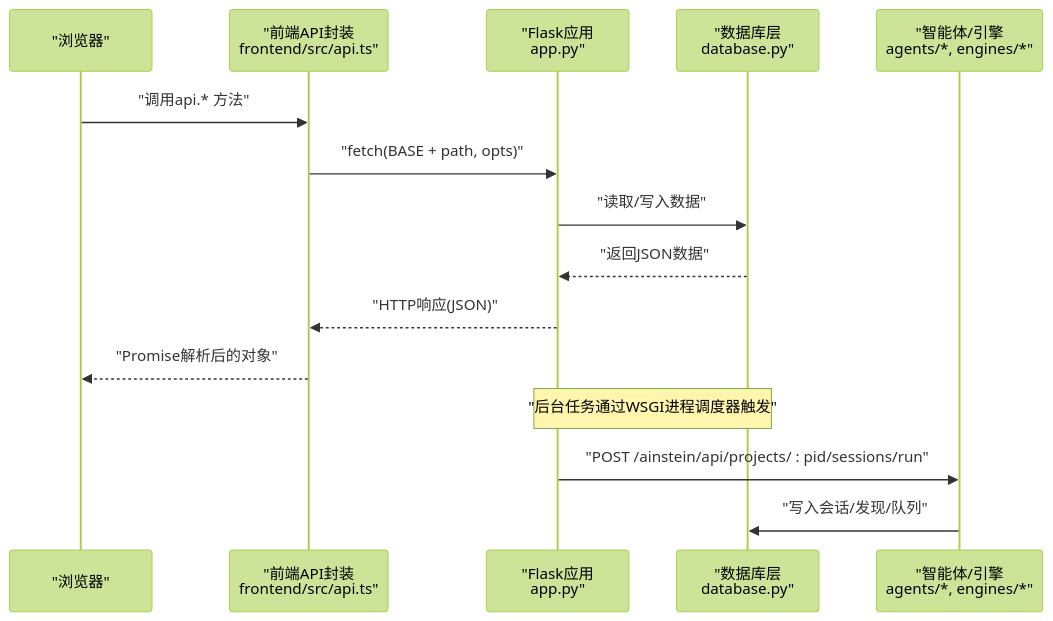
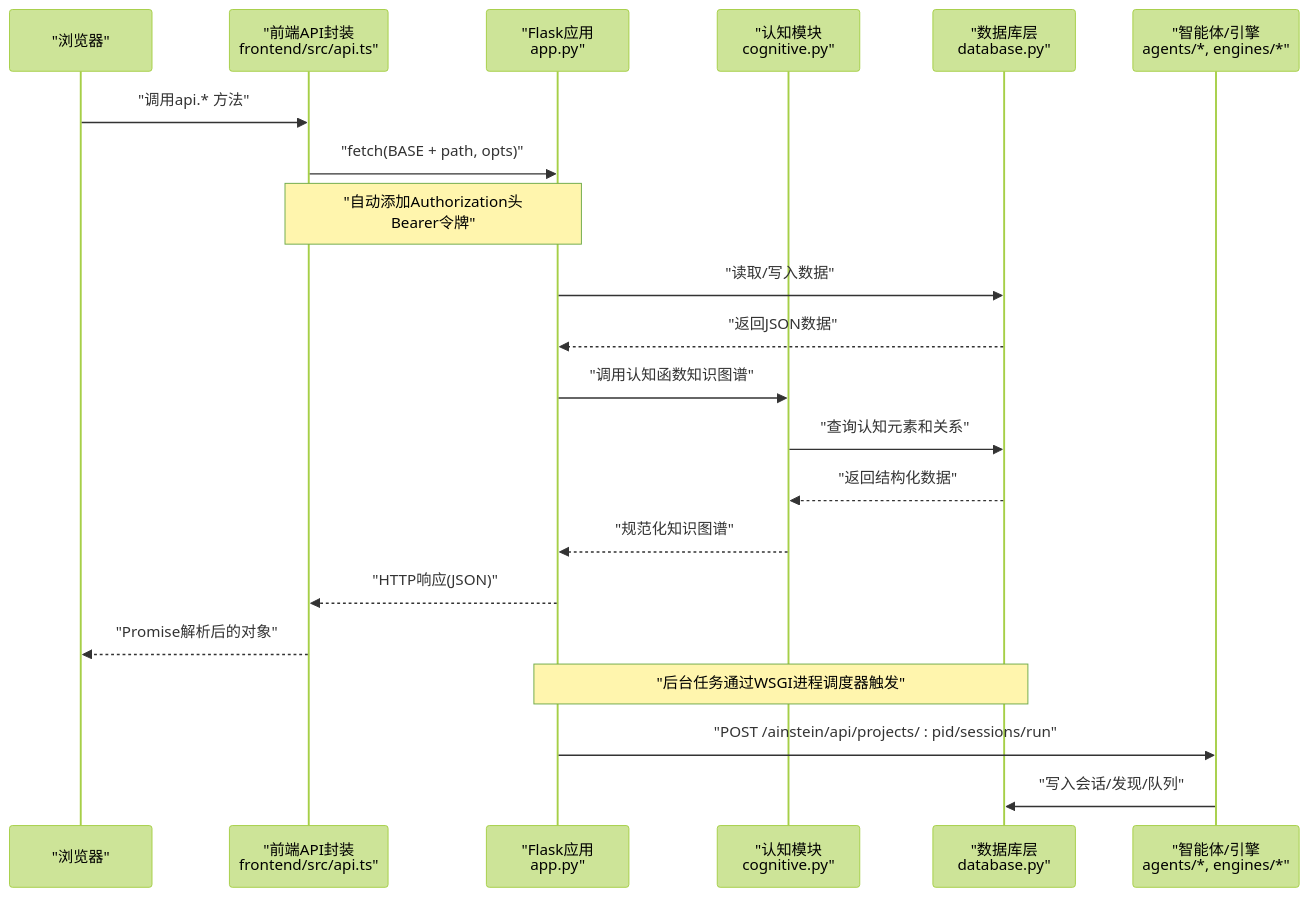
Before and after one commit to GDY-ai/ainstein: the second of 6 diagrams in .qoder/repowiki/zh/content/前端应用/API集成.md, drawn with Mermaid (forest theme). The commit also changed other lines of this file and 47 other files, not shown here.

````diff
--- a/.qoder/repowiki/zh/content/前端应用/API集成.md
+++ b/.qoder/repowiki/zh/content/前端应用/API集成.md
@@ -135,17 +147,23 @@
 ```mermaid
 sequenceDiagram
 participant Browser as "浏览器"
 participant Front as "前端API封装<br/>frontend/src/api.ts"
 participant Flask as "Flask应用<br/>app.py"
+participant Cog as "认知模块<br/>cognitive.py"
 participant DB as "数据库层<br/>database.py"
 participant Agent as "智能体/引擎<br/>agents/*, engines/*"
 Browser->>Front : "调用api.* 方法"
 Front->>Flask : "fetch(BASE + path, opts)"
+Note over Front,Flask : "自动添加Authorization头<br/>Bearer令牌"
 Flask->>DB : "读取/写入数据"
 DB-->>Flask : "返回JSON数据"
+Flask->>Cog : "调用认知函数知识图谱"
+Cog->>DB : "查询认知元素和关系"
+DB-->>Cog : "返回结构化数据"
+Cog-->>Flask : "规范化知识图谱"
 Flask-->>Front : "HTTP响应(JSON)"
 Front-->>Browser : "Promise解析后的对象"
 Note over Flask,DB : "后台任务通过WSGI进程调度器触发"
 Flask->>Agent : "POST /ainstein/api/projects/ : pid/sessions/run"
 Agent->>DB : "写入会话/发现/队列"
 ```
````
